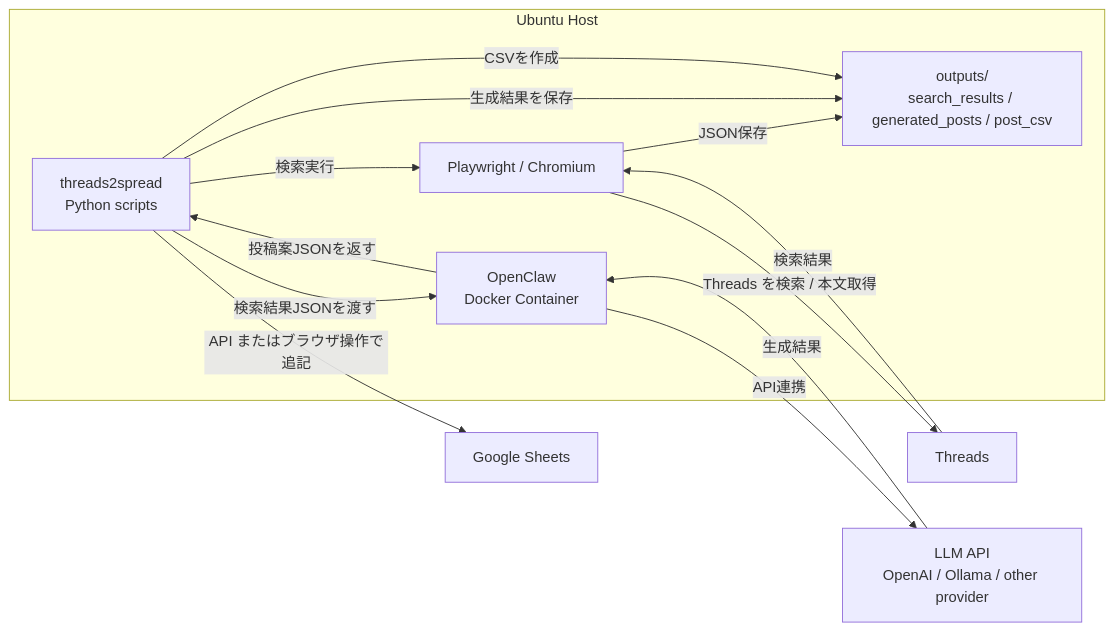
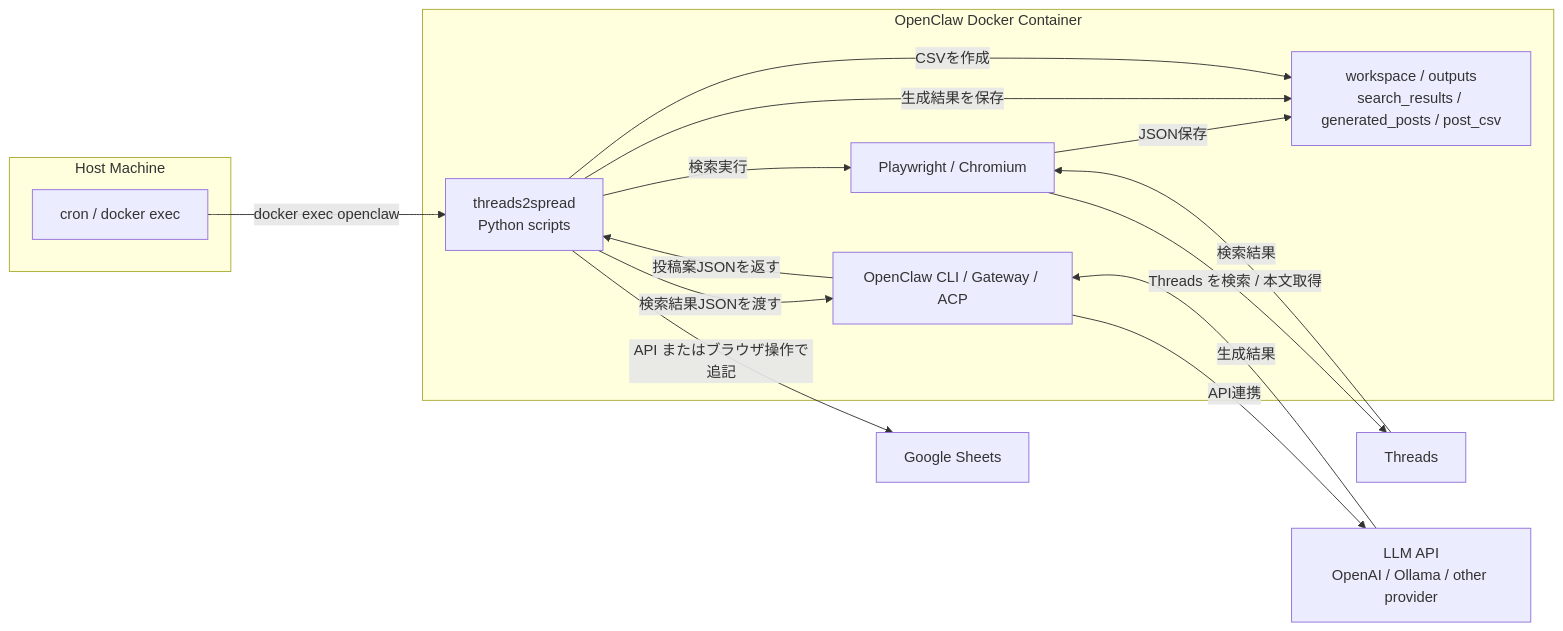
The diagram in Readme.md (kazukiminemura/threads2spread), drawn with Mermaid before and after one commit. The commit also changed other lines of this file and 2 other files, not shown here.

Commit message:
Align docs with OpenClaw container workflow

````diff
--- a/Readme.md
+++ b/Readme.md
@@ -33,27 +33,32 @@
 ```mermaid
 flowchart LR
-    subgraph Host["Ubuntu Host"]
+    subgraph Host["Host Machine"]
+        H["cron / docker exec"]
+    end
+
+    subgraph C["OpenClaw Docker Container"]
         A["threads2spread<br/>Python scripts"]
         B["Playwright / Chromium"]
-        C["OpenClaw<br/>Docker Container"]
-        D["outputs/<br/>search_results / generated_posts / post_csv"]
+        D["workspace / outputs<br/>search_results / generated_posts / post_csv"]
+        O["OpenClaw CLI / Gateway / ACP"]
     end
 
     E["Threads"]
     F["LLM API<br/>OpenAI / Ollama / other provider"]
     G["Google Sheets"]
 
+    H -->|"docker exec openclaw"| A
     A -->|"検索実行"| B
     B -->|"Threads を検索 / 本文取得"| E
     E -->|"検索結果"| B
     B -->|"JSON保存"| D
 
-    A -->|"検索結果JSONを渡す"| C
-    C -->|"API連携"| F
-    F -->|"生成結果"| C
-    C -->|"投稿案JSONを返す"| A
+    A -->|"検索結果JSONを渡す"| O
+    O -->|"API連携"| F
+    F -->|"生成結果"| O
+    O -->|"投稿案JSONを返す"| A
     A -->|"生成結果を保存"| D
 
     A -->|"CSVを作成"| D
     A -->|"API またはブラウザ操作で追記"| G
 ```
````
